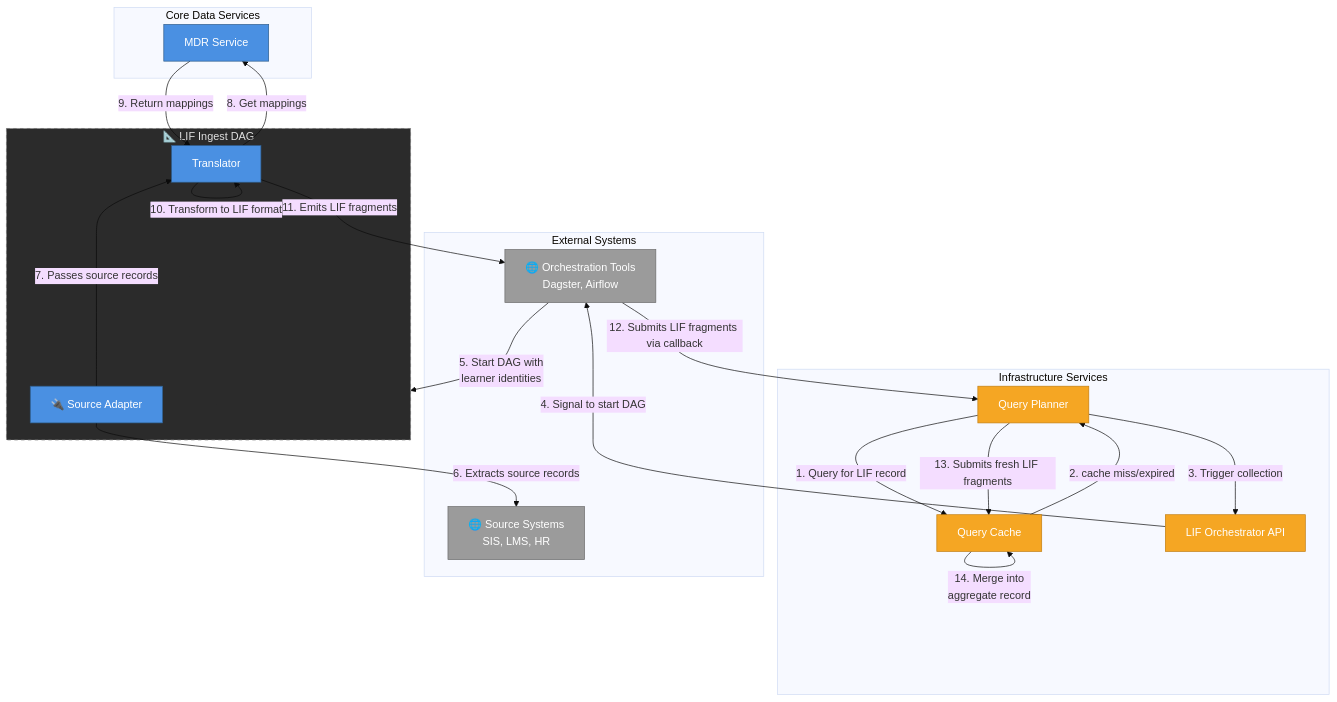
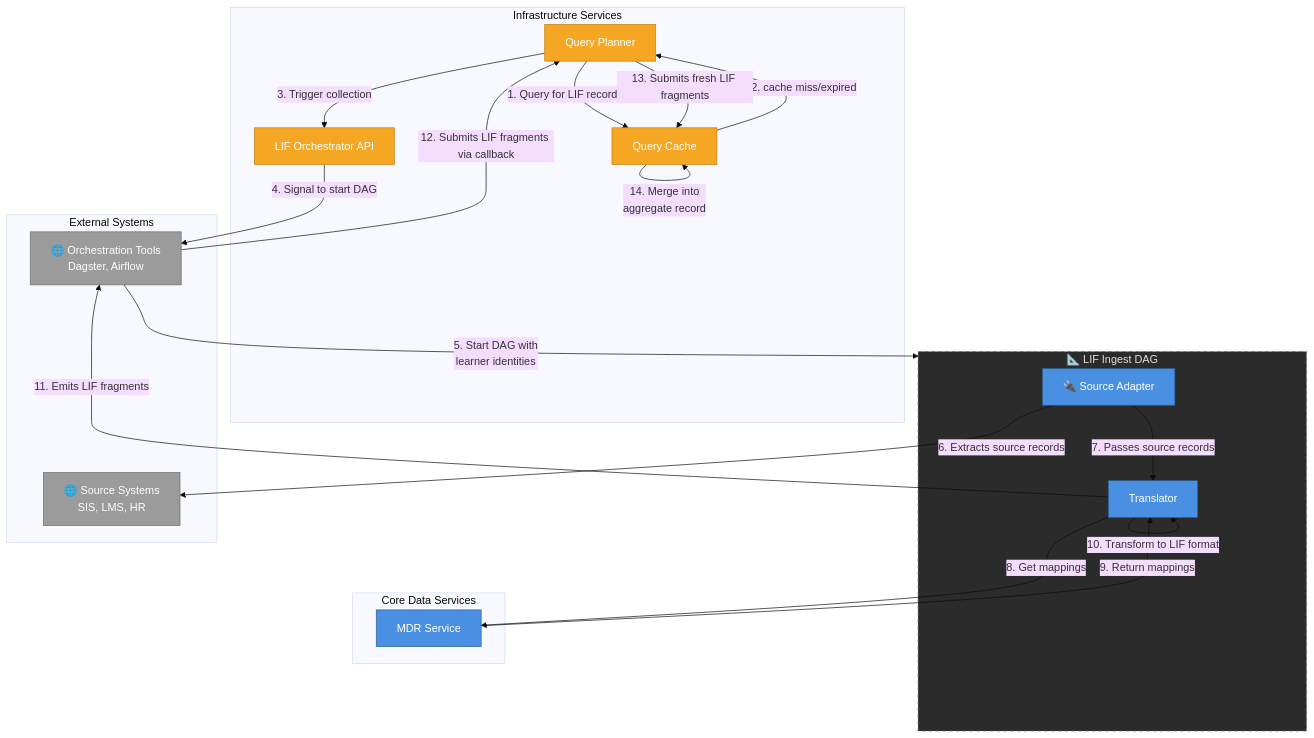
Before and after one commit to LIF-Initiative/lif-core: diagram 15 of 15 in docs/lif_services_overview.md, drawn with Mermaid (base theme).

Commit message:
docs: update data collection/translation flow

````diff
--- a/docs/lif_services_overview.md
+++ b/docs/lif_services_overview.md
@@ -620,47 +620,45 @@
 ```mermaid
 graph TB
-
-    subgraph Core[Core Data Services]
-        MDR[MDR Service]
-    end
     subgraph Infra[Infrastructure Services]
         QP[Query Planner]
         Cache[Query Cache]
         Orch[LIF Orchestrator API]
     end
+    subgraph DAG["📐 LIF Ingest DAG"]
+        Adapter["🔌  Source Adapter"]
+        Trans["Translator"]
+    end
+    subgraph Core[Core Data Services]
+        MDR[MDR Service]
+    end
     subgraph Ext[External Systems]
         OrchTool[🌐 Orchestration Tools<br/>Dagster, Airflow]
         Sources["🌐 Source Systems<br/>SIS, LMS, HR"]
-    end
-
-    subgraph DAG["📐 LIF Ingest DAG"]
-        Adapter["🔌  Source Adapter"]
-        Trans["Translator"]
     end
     
     QP -->|1. Query for LIF record| Cache
     Cache -->|2. cache miss/expired| QP
     QP -->|3. Trigger collection| Orch
     Orch -->|4. Signal to start DAG| OrchTool
     OrchTool -->|5. Start DAG with<br/>learner identities| DAG
     Adapter -->|6. Extracts source records| Sources
     Adapter -->|7. Passes source records| Trans
     Trans -->|8. Get mappings| MDR
     MDR -->|9. Return mappings| Trans
     Trans -->|10. Transform to LIF format| Trans
     Trans -->|11. Emits LIF fragments| OrchTool
     OrchTool -->|12. Submits LIF fragments via callback| QP
     QP -->|13. Submits fresh LIF fragments| Cache
     Cache -->|14. Merge into<br/>aggregate record| Cache
     
     classDef coreStyle fill:#4A90E2,stroke:#2E5C8A,color:#fff
     classDef infraStyle fill:#F5A623,stroke:#C17D11,color:#fff
     classDef extStyle fill:#9B9B9B,stroke:#6B6B6B,color:#fff
     classDef dagStyle fill:#2B2B2B,stroke:#6B6B6B,stroke-dasharray: 5 5,color:#E0E0E0
 
     
     class Trans,MDR,Adapter coreStyle
     class QP,Orch,Cache infraStyle
     class OrchTool,Sources extStyle
     class DAG dagStyle
 ```
````
